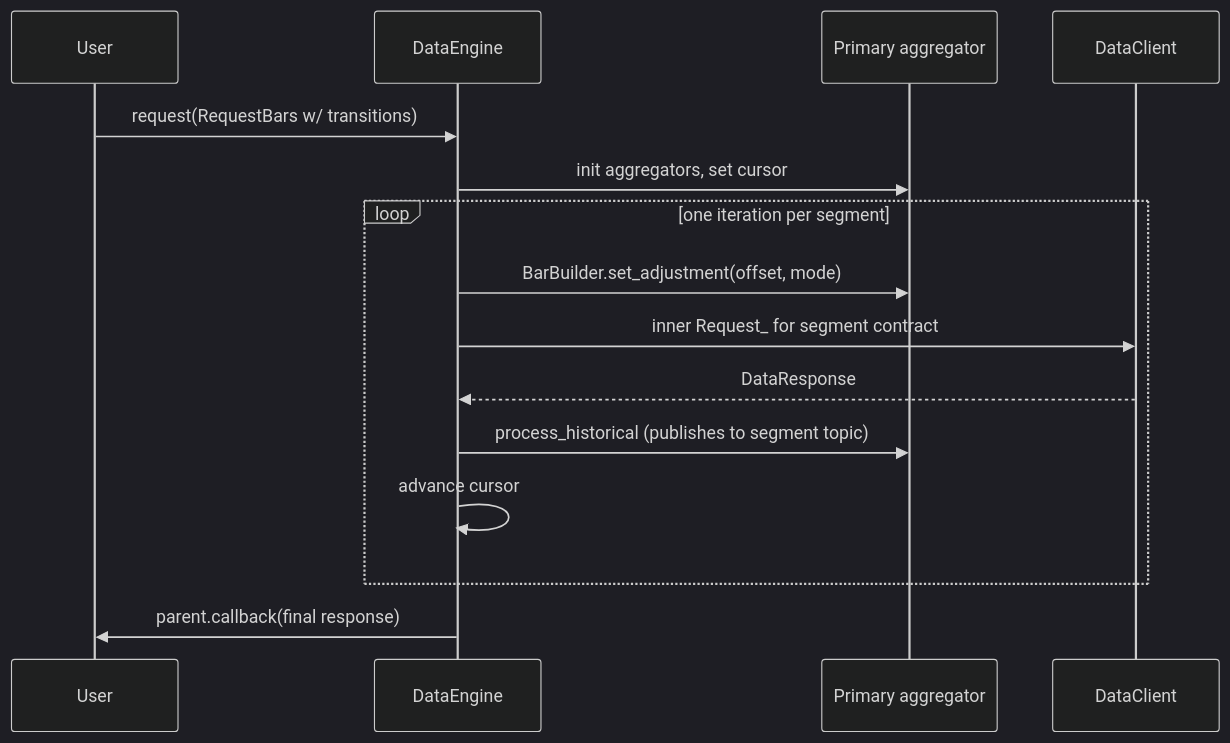
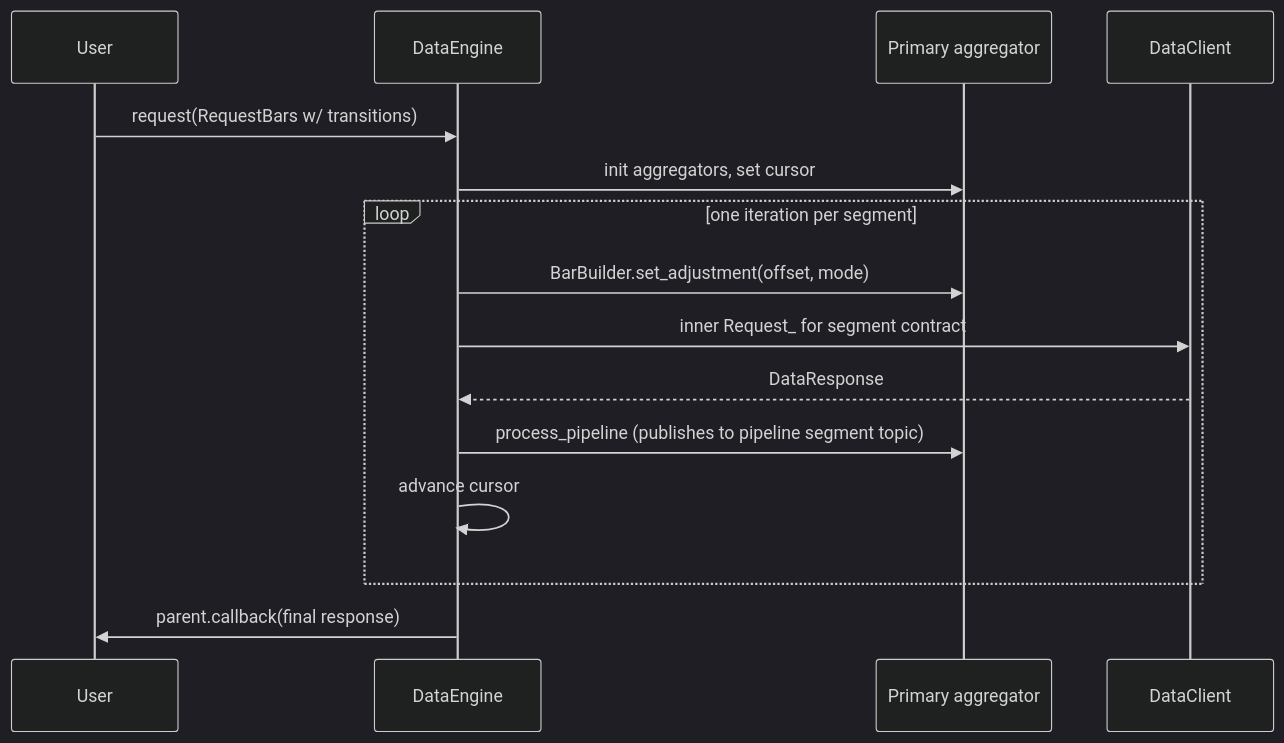
The second of 5 diagrams in docs/concepts/continuous_futures.md (nautechsystems/nautilus_trader), drawn with Mermaid (dark theme) before and after one commit. The commit also changed other lines of this file and 6 other files, not shown here.

First line of the commit message:
Add DataEngine pipeline topics in Rust

````diff
--- a/docs/concepts/continuous_futures.md
+++ b/docs/concepts/continuous_futures.md
@@ -169,18 +169,18 @@
 ```mermaid
 sequenceDiagram
     participant User
     participant Engine as DataEngine
     participant Agg as Primary aggregator
     participant Client as DataClient
 
     User->>Engine: request(RequestBars w/ transitions)
     Engine->>Agg: init aggregators, set cursor
     loop one iteration per segment
         Engine->>Agg: BarBuilder.set_adjustment(offset, mode)
         Engine->>Client: inner Request_ for segment contract
         Client-->>Engine: DataResponse
-        Engine->>Agg: process_historical (publishes to segment topic)
+        Engine->>Agg: process_pipeline (publishes to pipeline segment topic)
         Engine->>Engine: advance cursor
     end
     Engine->>User: parent.callback(final response)
 ```
````
